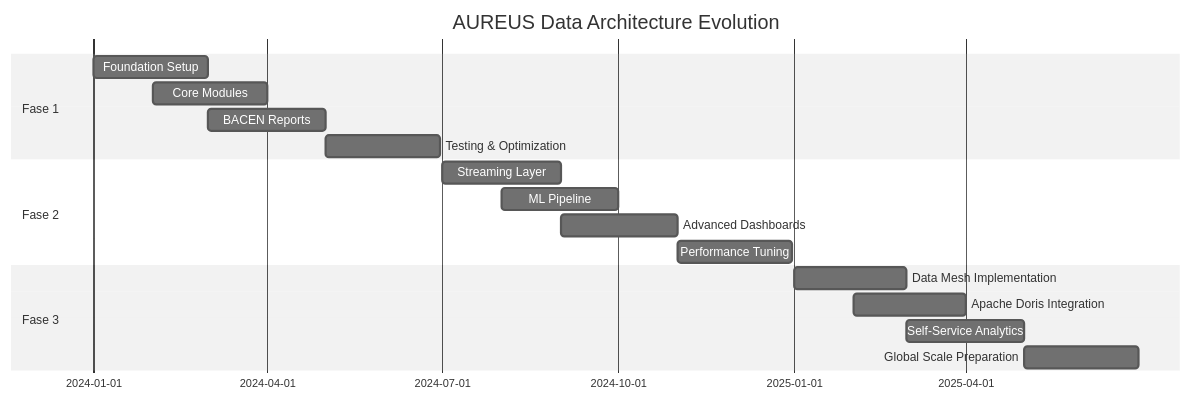
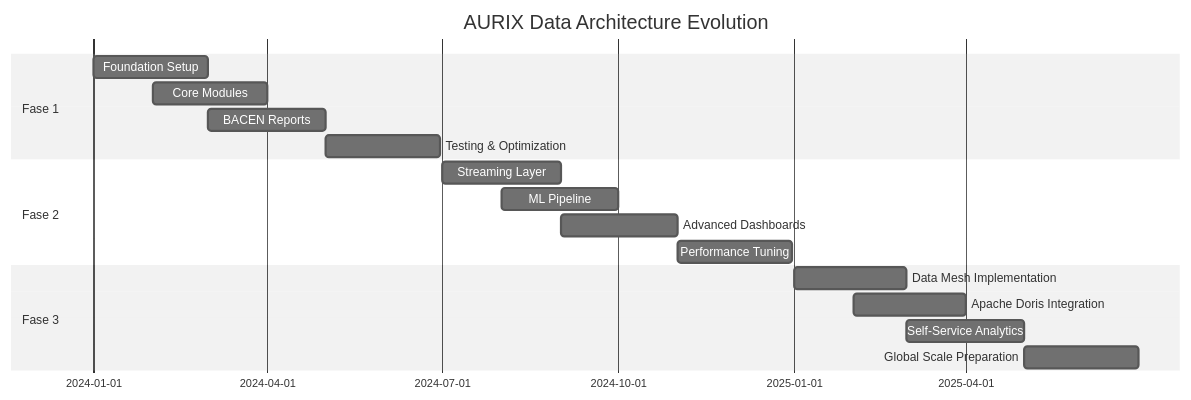
One commit to aurix-core-banking/aurix-docs changed the fourth of 4 diagrams in 02-technical/arquitetura/evolucao-arquitetura-dados.md. Above: the diagram before and after it, drawn with Mermaid (neutral theme). The commit also changed other lines of this file and 126 other files, not shown here.

Commit message:
rename: Aureus → Aurix (diretórios, packages, docs, configs)

````diff
--- a/02-technical/arquitetura/evolucao-arquitetura-dados.md
+++ b/02-technical/arquitetura/evolucao-arquitetura-dados.md
@@ -601,22 +601,22 @@
 ```mermaid
 gantt
-    title AUREUS Data Architecture Evolution
+    title AURIX Data Architecture Evolution
     dateFormat  YYYY-MM-DD
     section Fase 1
     Foundation Setup    :2024-01-01, 2024-03-01
     Core Modules        :2024-02-01, 2024-04-01
     BACEN Reports       :2024-03-01, 2024-05-01
     Testing & Optimization :2024-05-01, 2024-06-30
     
     section Fase 2
     Streaming Layer     :2024-07-01, 2024-09-01
     ML Pipeline        :2024-08-01, 2024-10-01
     Advanced Dashboards :2024-09-01, 2024-11-01
     Performance Tuning :2024-11-01, 2024-12-31
     
     section Fase 3
     Data Mesh Implementation :2025-01-01, 2025-03-01
     Apache Doris Integration :2025-02-01, 2025-04-01
     Self-Service Analytics :2025-03-01, 2025-05-01
     Global Scale Preparation :2025-05-01, 2025-06-30
 ```
````
